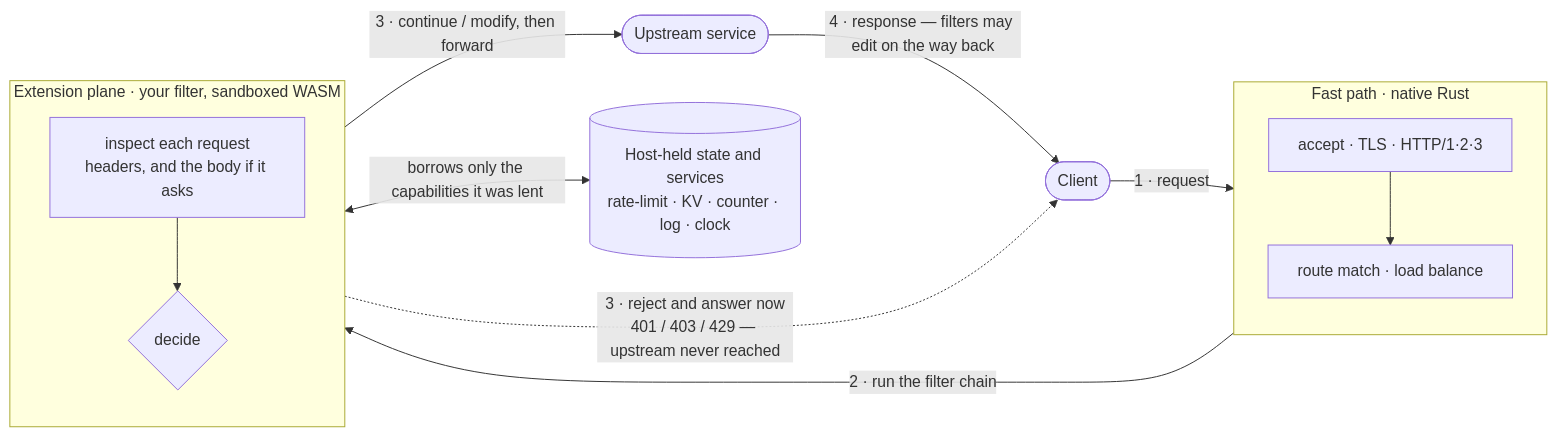
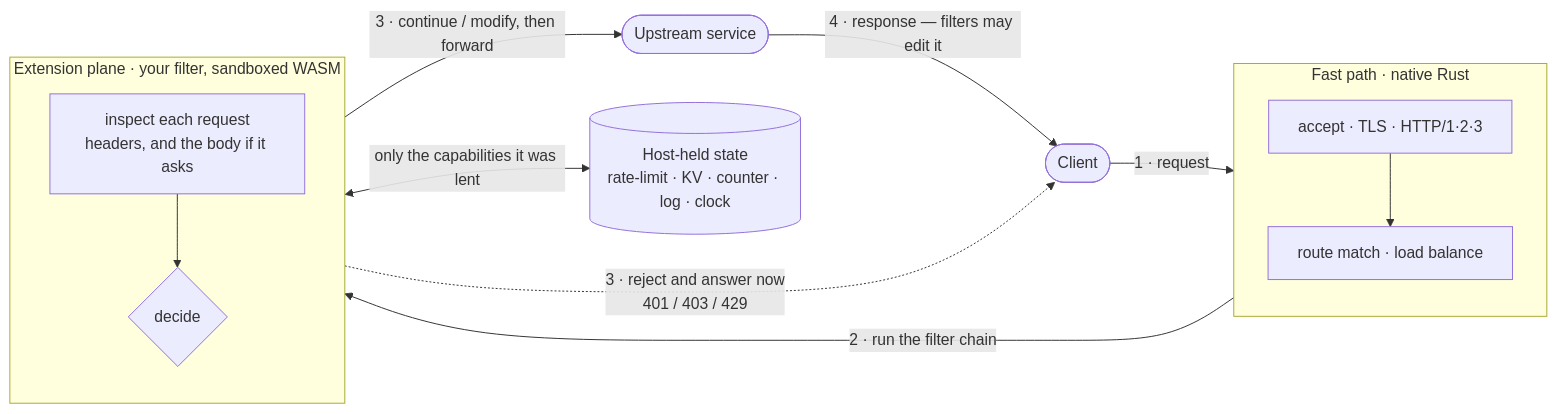
One commit to Kaikei-e/PlectoProxy changed the diagram in README.md. Above: the diagram before and after it, drawn with Mermaid. The commit also changed other lines of this file and 15 other files, not shown here.

````diff
--- a/README.md
+++ b/README.md
@@ -81,28 +26,28 @@
 ```mermaid
 flowchart LR
     client(["Client"])
     upstream(["Upstream service"])
 
     subgraph fast["Fast path · native Rust"]
         direction TB
         edge["accept · TLS · HTTP/1·2·3"]
         route["route match · load balance"]
         edge --> route
     end
 
     subgraph ext["Extension plane · your filter, sandboxed WASM"]
         direction TB
         inspect["inspect each request<br/>headers, and the body if it asks"]
         decide{"decide"}
         inspect --> decide
     end
 
-    state[("Host-held state and services<br/>rate-limit · KV · counter · log · clock")]
+    state[("Host-held state<br/>rate-limit · KV · counter · log · clock")]
 
     client -->|"1 · request"| edge
     route -->|"2 · run the filter chain"| inspect
     decide -->|"3 · continue / modify, then forward"| upstream
-    decide -.->|"3 · reject and answer now<br/>401 / 403 / 429 — upstream never reached"| client
-    upstream -->|"4 · response — filters may edit on the way back"| client
-    decide <-->|"borrows only the capabilities it was lent"| state
+    decide -.->|"3 · reject and answer now<br/>401 / 403 / 429"| client
+    upstream -->|"4 · response — filters may edit it"| client
+    decide <-->|"only the capabilities it was lent"| state
 ```
````
